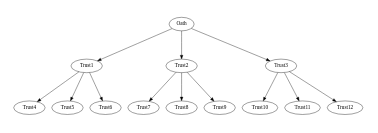
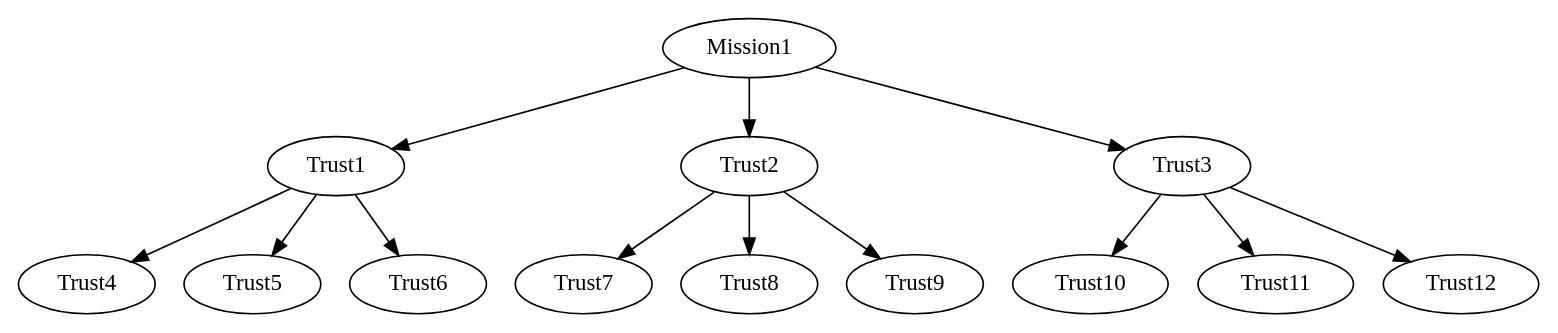
The first of 2 diagrams in info/docs/README.md (knowark/pentakrat), drawn with Graphviz before and after one commit. The commit also changed other lines of this file and 2 other files, not shown here.

````diff
--- a/info/docs/README.md
+++ b/info/docs/README.md
@@ -76,18 +84,16 @@
 ```graphviz
 digraph {
-    size=3
-    ratio=0.3
-    Oath -> Trust1
-    Oath -> Trust2
-    Oath -> Trust3
+    Mission1 -> Trust1
+    Mission1 -> Trust2
+    Mission1 -> Trust3
     Trust1 -> Trust4
     Trust1 -> Trust5
     Trust1 -> Trust6
     Trust2 -> Trust7
     Trust2 -> Trust8
     Trust2 -> Trust9
     Trust3 -> Trust10
     Trust3 -> Trust11
     Trust3 -> Trust12
 }
 ```
````
